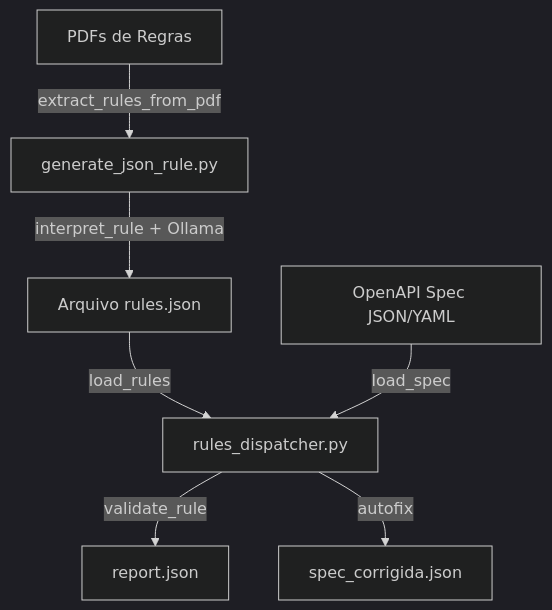
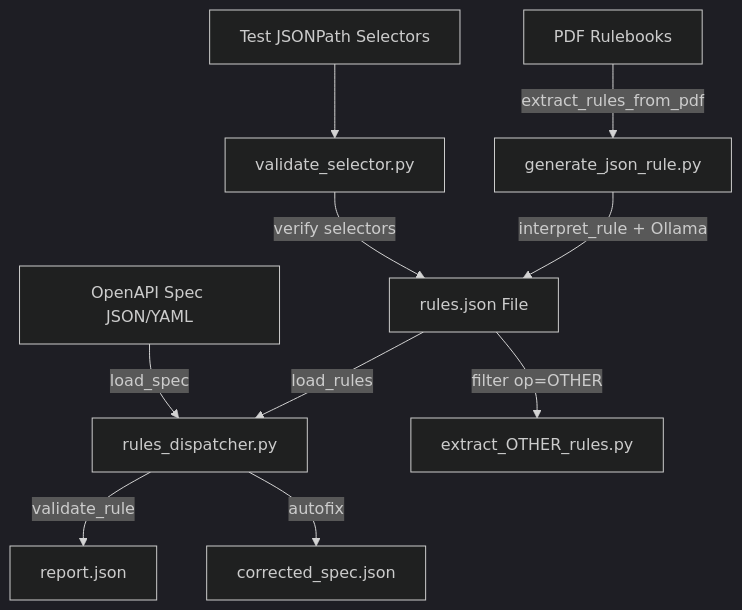
Before and after one commit to hoshikawa2/ai_openapi_validator: the diagram in README.md, drawn with Mermaid (dark theme). The commit also changed other lines of this file and 10 other files, not shown here.

````diff
--- a/README.md
+++ b/README.md
@@ -40,9 +39,12 @@
 ```mermaid
 flowchart TD
-    A[PDFs de Regras] -->|extract_rules_from_pdf| B[generate_json_rule.py]
-    B -->|interpret_rule + Ollama| C[Arquivo rules.json]
+    A[PDF Rulebooks] -->|extract_rules_from_pdf| B[generate_json_rule.py]
+    B -->|interpret_rule + Ollama| C[rules.json File]
     C -->|load_rules| D[rules_dispatcher.py]
     D -->|validate_rule| E[report.json]
-    D -->|autofix| F[spec_corrigida.json]
+    D -->|autofix| F[corrected_spec.json]
     G[OpenAPI Spec JSON/YAML] -->|load_spec| D
+    C -->|filter op=OTHER| H[extract_OTHER_rules.py]
+    I[Test JSONPath Selectors] --> J[validate_selector.py]
+    J -->|verify selectors| C
 ```
````
